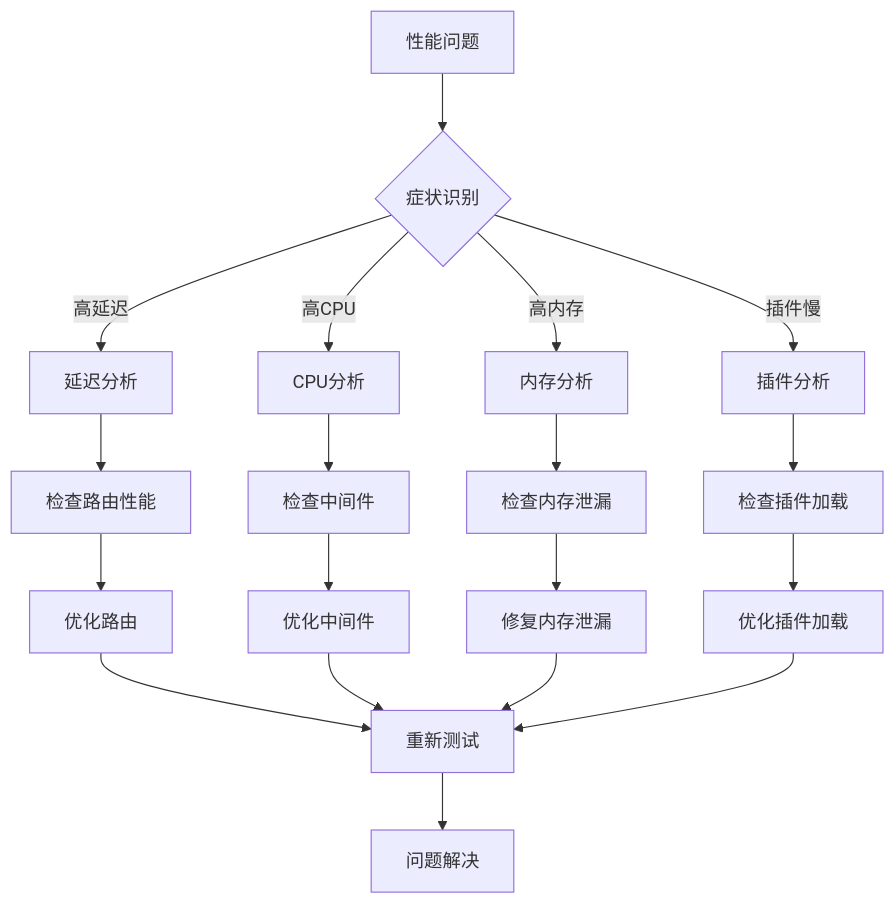
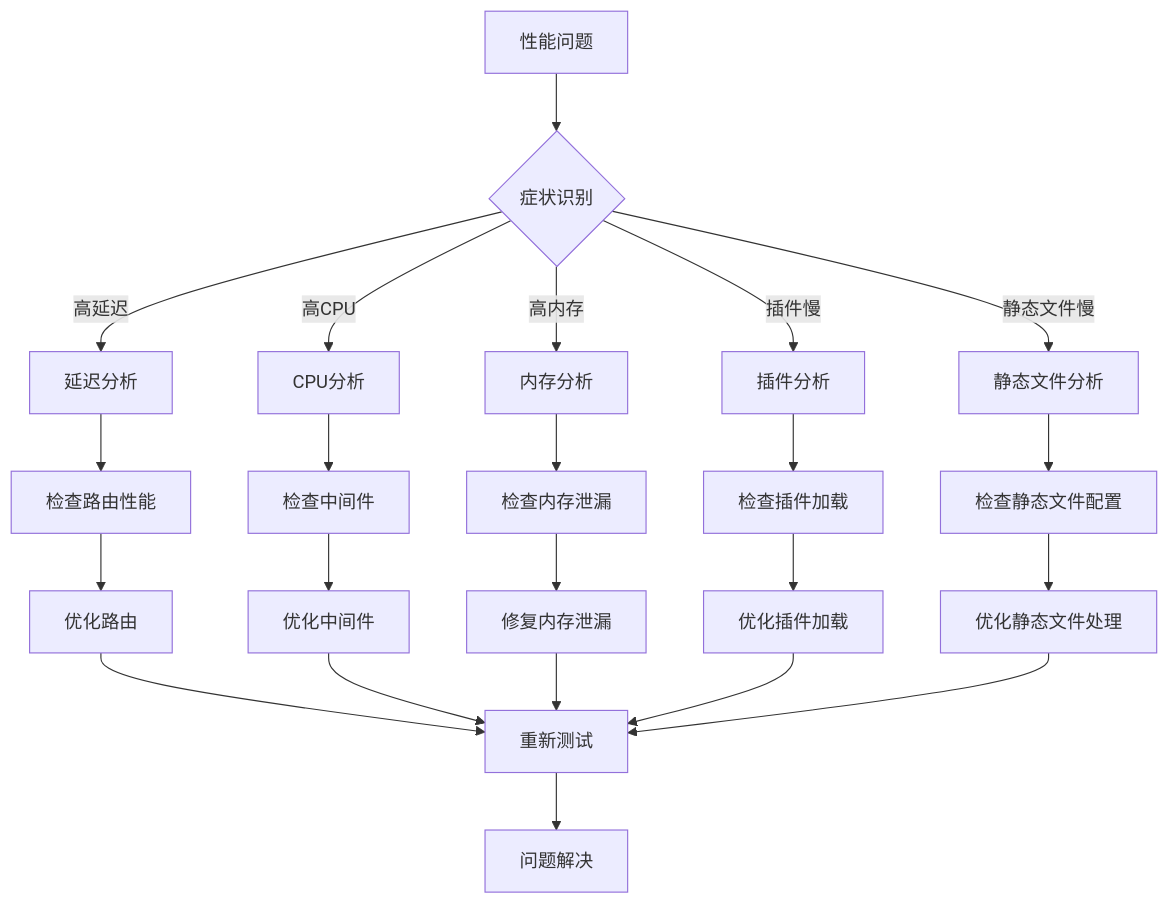
Diagram 14 of 14 in .qoder/repowiki/zh/content/后端框架测试/Fastify高性能框架测试.md (esa-sp/test-for-aone-ci), drawn with Mermaid before and after one commit. The commit also changed other lines of this file and 15 other files, not shown here.

````diff
--- a/.qoder/repowiki/zh/content/后端框架测试/Fastify高性能框架测试.md
+++ b/.qoder/repowiki/zh/content/后端框架测试/Fastify高性能框架测试.md
@@ -629,21 +644,25 @@
 ```mermaid
 flowchart TD
 Problem[性能问题] --> Symptom{症状识别}
 Symptom --> |高延迟| Latency[延迟分析]
 Symptom --> |高CPU| CPU[CPU分析]
 Symptom --> |高内存| Memory[内存分析]
 Symptom --> |插件慢| Plugin[插件分析]
+Symptom --> |静态文件慢| Static[静态文件分析]
 Latency --> CheckRoutes[检查路由性能]
 CheckRoutes --> OptimizeRoutes[优化路由]
 CPU --> CheckMiddleware[检查中间件]
 CheckMiddleware --> OptimizeMiddleware[优化中间件]
 Memory --> CheckLeaks[检查内存泄漏]
 CheckLeaks --> FixLeaks[修复内存泄漏]
 Plugin --> CheckPluginLoad[检查插件加载]
 CheckPluginLoad --> OptimizePluginLoad[优化插件加载]
+Static --> CheckStaticFiles[检查静态文件配置]
+CheckStaticFiles --> OptimizeStaticFiles[优化静态文件处理]
 OptimizeRoutes --> Test[重新测试]
 OptimizeMiddleware --> Test
 FixLeaks --> Test
 OptimizePluginLoad --> Test
+OptimizeStaticFiles --> Test
 Test --> Resolve[问题解决]
 ```
````
